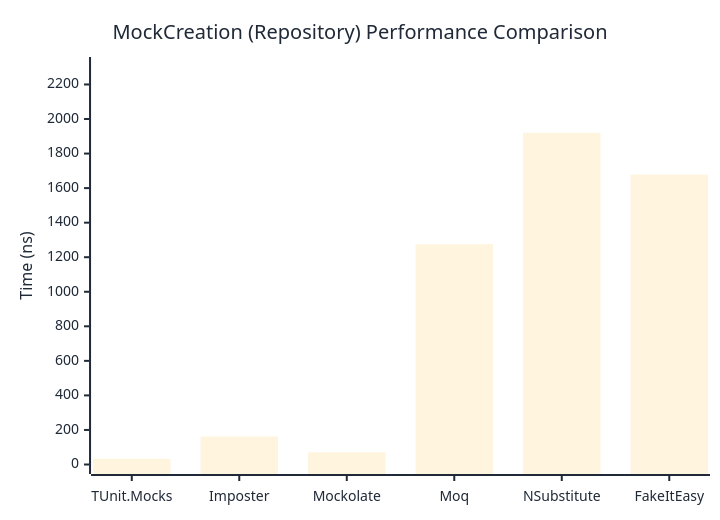
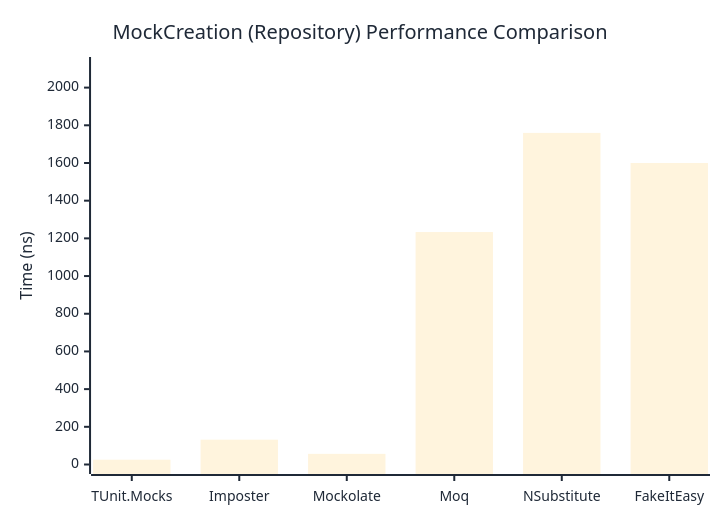
Before and after one commit to thomhurst/TUnit: the second of 2 diagrams in docs/docs/benchmarks/mocks/MockCreation.md, drawn with Mermaid. The commit also changed other lines of this file and 14 other files, not shown here.

````diff
--- a/docs/docs/benchmarks/mocks/MockCreation.md
+++ b/docs/docs/benchmarks/mocks/MockCreation.md
@@ -71,27 +71,27 @@
 ```mermaid
 %%{init: {
   'theme':'base',
   'themeVariables': {
     'primaryColor': '#2563eb',
     'primaryTextColor': '#1f2937',
     'primaryBorderColor': '#1e40af',
     'lineColor': '#6b7280',
     'secondaryColor': '#7c3aed',
     'tertiaryColor': '#dc2626',
     'background': '#ffffff',
     'pie1': '#2563eb',
     'pie2': '#7c3aed',
     'pie3': '#dc2626',
     'pie4': '#f59e0b',
     'pie5': '#10b981',
     'pie6': '#06b6d4',
     'pie7': '#ec4899',
     'pie8': '#6366f1'
   }
 }}%%
 xychart-beta
   title "MockCreation (Repository) Performance Comparison"
   x-axis ["TUnit.Mocks", "Imposter", "Mockolate", "Moq", "NSubstitute", "FakeItEasy"]
-  y-axis "Time (ns)" 0 --> 2304
-  bar [33.22, 162.07, 70.56, 1275, 1919.98, 1678.22]
+  y-axis "Time (ns)" 0 --> 2112
+  bar [25.5, 131.67, 56.56, 1233.46, 1759.66, 1600.04]
 ```
````
